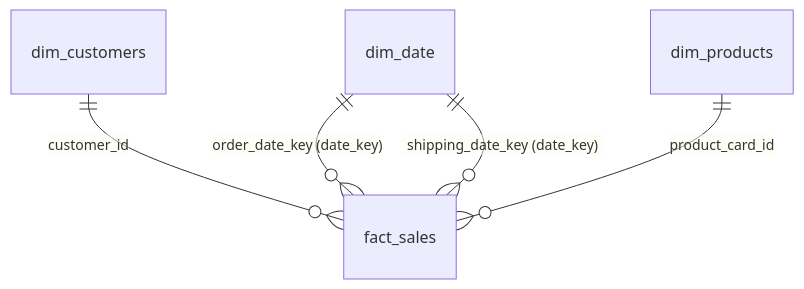
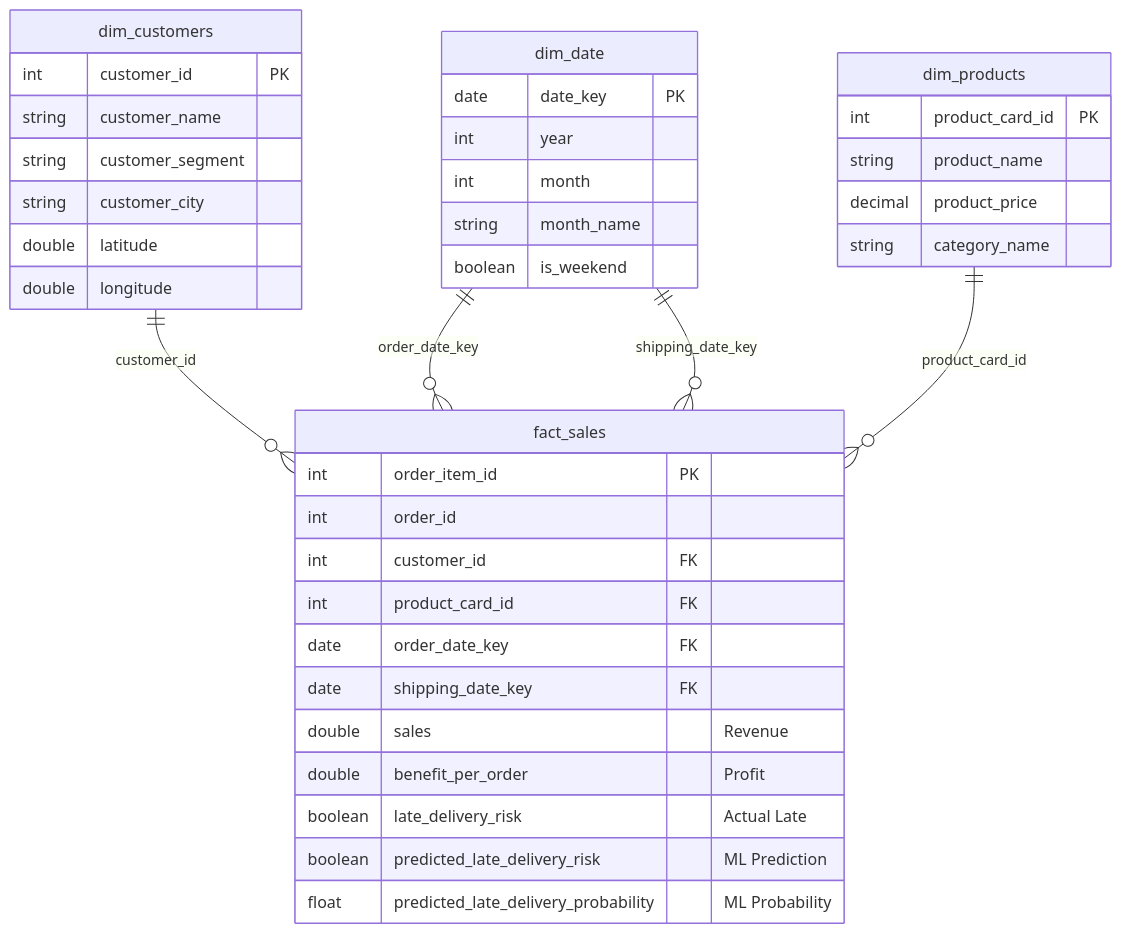
One commit to Rakishu02/DataCo-Supply-Chain-Analysis changed the second of 2 diagrams in README.md. Above: the diagram before and after it, drawn with Mermaid. The commit also changed other lines of this file, not shown here.

````diff
--- a/README.md
+++ b/README.md
@@ -82,7 +97,45 @@
 ```mermaid
 erDiagram
     dim_customers ||--o{ fact_sales : "customer_id"
-    dim_date ||--o{ fact_sales : "order_date_key (date_key)"
-    dim_date ||--o{ fact_sales : "shipping_date_key (date_key)"
+    dim_date ||--o{ fact_sales : "order_date_key"
+    dim_date ||--o{ fact_sales : "shipping_date_key"
     dim_products ||--o{ fact_sales : "product_card_id"
+
+    fact_sales {
+        int order_item_id PK
+        int order_id
+        int customer_id FK
+        int product_card_id FK
+        date order_date_key FK
+        date shipping_date_key FK
+        double sales "Revenue"
+        double benefit_per_order "Profit"
+        boolean late_delivery_risk "Actual Late"
+        boolean predicted_late_delivery_risk "ML Prediction"
+        float predicted_late_delivery_probability "ML Probability"
+    }
+
+    dim_customers {
+        int customer_id PK
+        string customer_name
+        string customer_segment
+        string customer_city
+        double latitude
+        double longitude
+    }
+
+    dim_products {
+        int product_card_id PK
+        string product_name
+        decimal product_price
+        string category_name
+    }
+
+    dim_date {
+        date date_key PK
+        int year
+        int month
+        string month_name
+        boolean is_weekend
+    }
 ```
````
